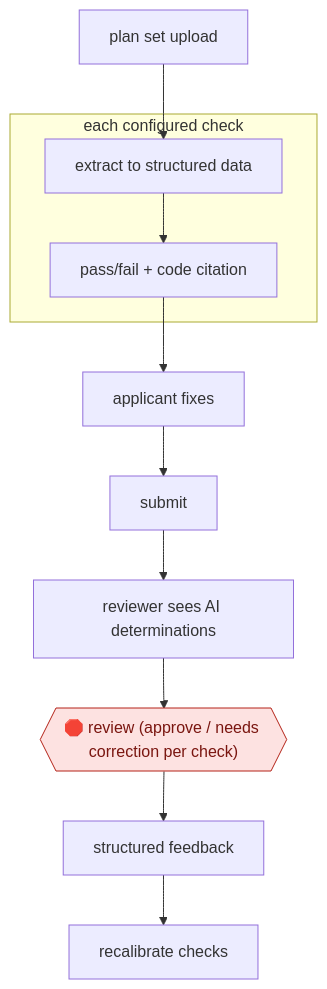
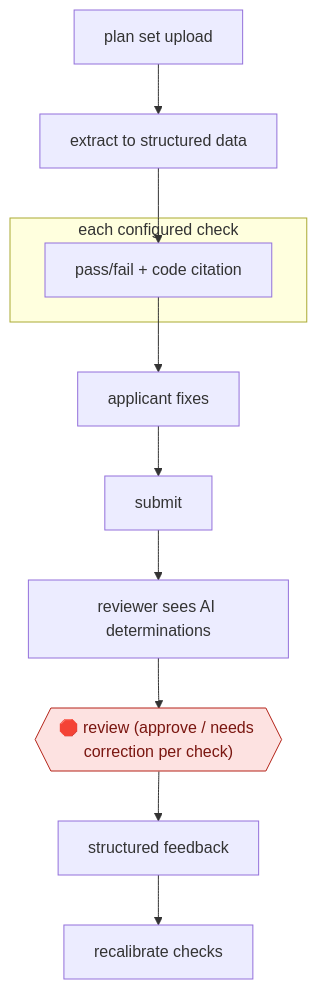
The diagram in workflows/TEC/ENG/CODECOMP/cited-pre-screen-checks/README.md (milesradford99/agent-workflow-atlas), drawn with Mermaid before and after one commit. The commit also changed other lines of this file and 171 other files, not shown here.

````diff
--- a/workflows/TEC/ENG/CODECOMP/cited-pre-screen-checks/README.md
+++ b/workflows/TEC/ENG/CODECOMP/cited-pre-screen-checks/README.md
@@ -31,23 +31,23 @@
 ```mermaid
 flowchart TD
   n1["plan set upload"]
   n2["extract to structured data"]
-  n1 --> n2
   subgraph s3["each configured check"]
   n4["pass/fail + code citation"]
-  n2 --> n4
   end
   n5["applicant fixes"]
+  n6["submit"]
+  n7["reviewer sees AI determinations"]
+  n8{{"🛑 review (approve / needs correction per check)"}}:::stop
+  n9["structured feedback"]
+  n10["recalibrate checks"]
+  n1 --> n2
+  n2 --> n4
   n4 --> n5
-  n6["submit"]
   n5 --> n6
-  n7["reviewer sees AI determinations"]
   n6 --> n7
-  n8{{"🛑 review (approve / needs correction per check)"}}:::stop
   n7 --> n8
-  n9["structured feedback"]
   n8 --> n9
-  n10["recalibrate checks"]
   n9 --> n10
   classDef stop fill:#fde2e1,stroke:#b42318,color:#7a1610
 ```
````
